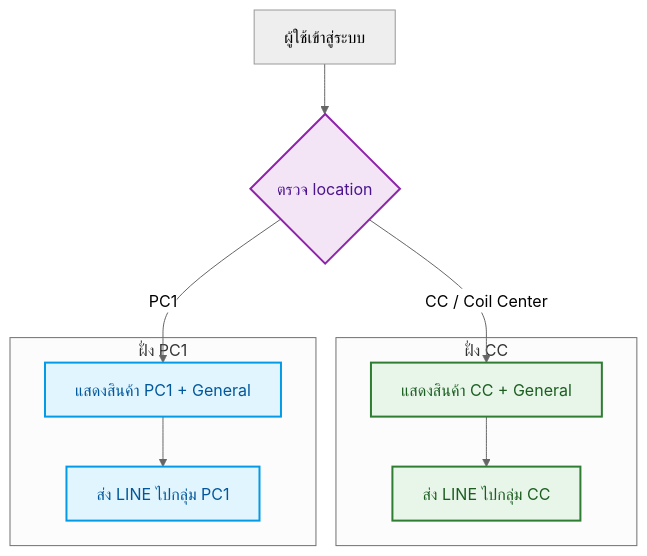
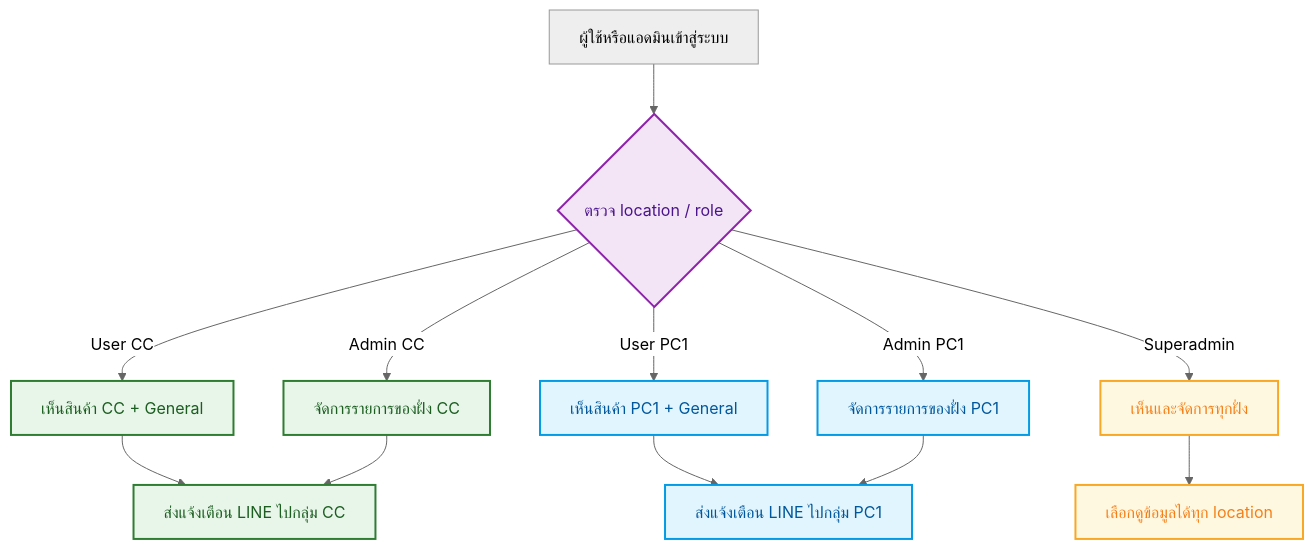
One commit to SATTARNEDS/Stock_PCM changed the second of 5 diagrams in my_factory_app/FLOW_DIAGRAM.md. Above: the diagram before and after it, drawn with Mermaid (neutral theme). The commit also changed other lines of this file and 4 other files, not shown here.

````diff
--- a/my_factory_app/FLOW_DIAGRAM.md
+++ b/my_factory_app/FLOW_DIAGRAM.md
@@ -72,27 +78,26 @@
 ```mermaid
 flowchart TD
-    A[ผู้ใช้เข้าสู่ระบบ] --> B{ตรวจ location}
+    A[ผู้ใช้หรือแอดมินเข้าสู่ระบบ] --> B{ตรวจ location / role}
 
-    subgraph CC[ฝั่ง CC]
-        C[แสดงสินค้า CC + General]
-        E[ส่ง LINE ไปกลุ่ม CC]
-        C --> E
-    end
+    B -->|User CC| C[เห็นสินค้า CC + General]
+    B -->|User PC1| D[เห็นสินค้า PC1 + General]
+    B -->|Admin CC| E[จัดการรายการของฝั่ง CC]
+    B -->|Admin PC1| F[จัดการรายการของฝั่ง PC1]
+    B -->|Superadmin| G[เห็นและจัดการทุกฝั่ง]
 
-    subgraph PC1[ฝั่ง PC1]
-        D[แสดงสินค้า PC1 + General]
-        F[ส่ง LINE ไปกลุ่ม PC1]
-        D --> F
-    end
-
-    B -- CC / Coil Center --> C
-    B -- PC1 --> D
+    C --> H[ส่งแจ้งเตือน LINE ไปกลุ่ม CC]
+    D --> I[ส่งแจ้งเตือน LINE ไปกลุ่ม PC1]
+    E --> H
+    F --> I
+    G --> J[เลือกดูข้อมูลได้ทุก location]
 
     classDef decision fill:#F3E5F5,stroke:#8E24AA,color:#4A148C,stroke-width:2px;
     classDef cc fill:#E8F5E9,stroke:#2E7D32,color:#1B5E20,stroke-width:2px;
     classDef pc1 fill:#E1F5FE,stroke:#039BE5,color:#01579B,stroke-width:2px;
+    classDef super fill:#FFF8E1,stroke:#F9A825,color:#F57F17,stroke-width:2px;
 
     class B decision;
-    class C,E cc;
-    class D,F pc1;
+    class C,E,H cc;
+    class D,F,I pc1;
+    class G,J super;
 ```
````
